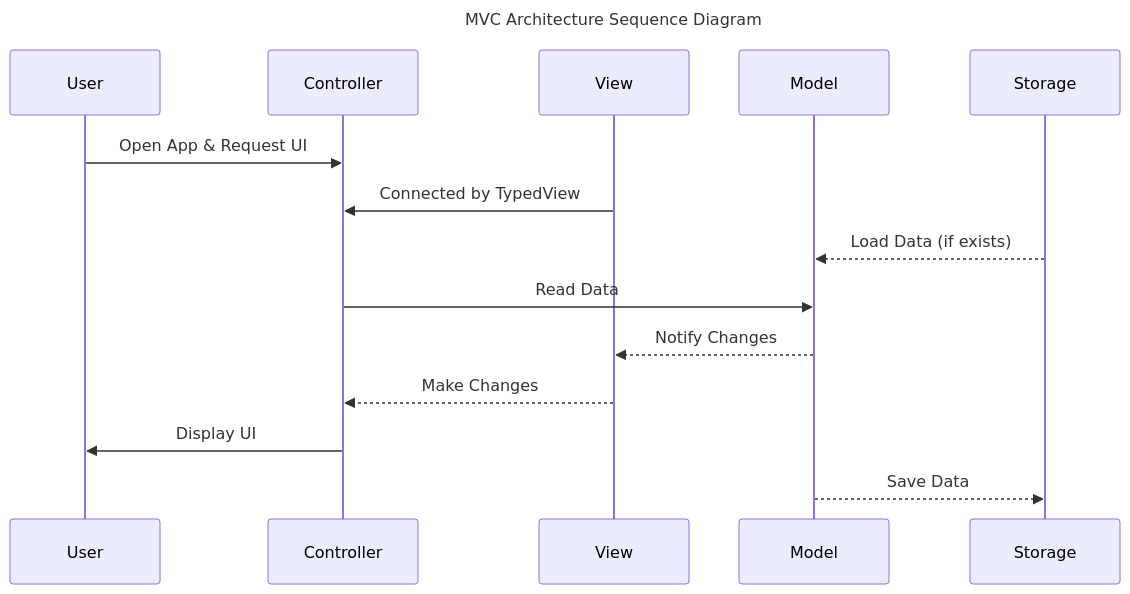
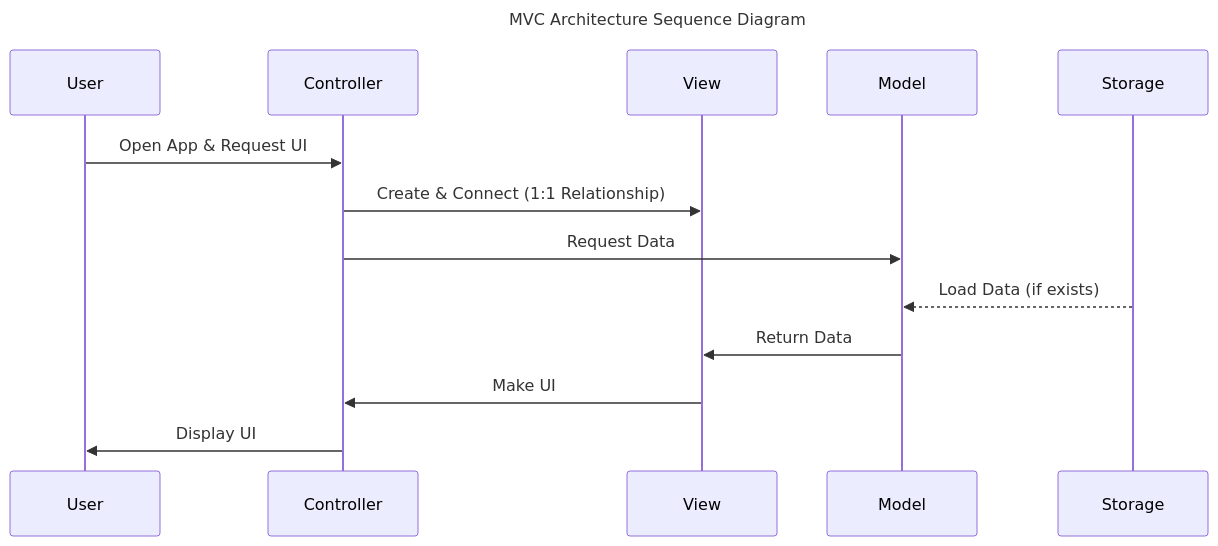
One commit to nbcamp/to-do-list changed the first of 2 diagrams in README.md. Above: the diagram before and after it, drawn with Mermaid. The commit also changed other lines of this file, not shown here.

Commit message:
docs: sequence diagram 개선

````diff
--- a/README.md
+++ b/README.md
@@ -77,21 +81,20 @@
 ```mermaid
 ---
 title: MVC Architecture Sequence Diagram
 ---
 sequenceDiagram
 
 participant User
 participant Controller
 participant View
 participant Model
 participant Storage
 
 User->>Controller: Open App & Request UI
-View->>Controller:  Connected by TypedView
+Controller->>View:  Create & Connect (1:1 Relationship)
+Controller->>Model: Request Data
 Storage-->>Model: Load Data (if exists)
-Controller->>Model: Read Data
-Model-->>View: Notify Changes
-View-->>Controller: Make Changes
+Model->>View: Return Data
+View->>Controller: Make UI
 Controller->>User: Display UI
-Model-->>Storage: Save Data
 ```
````
